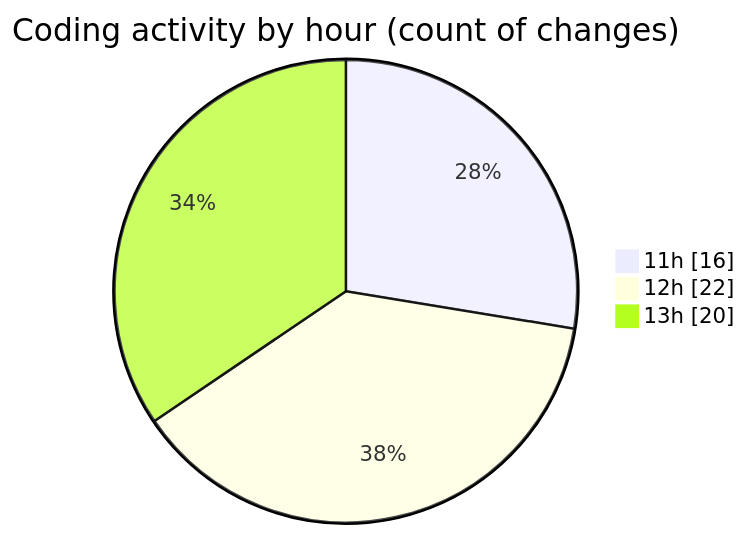
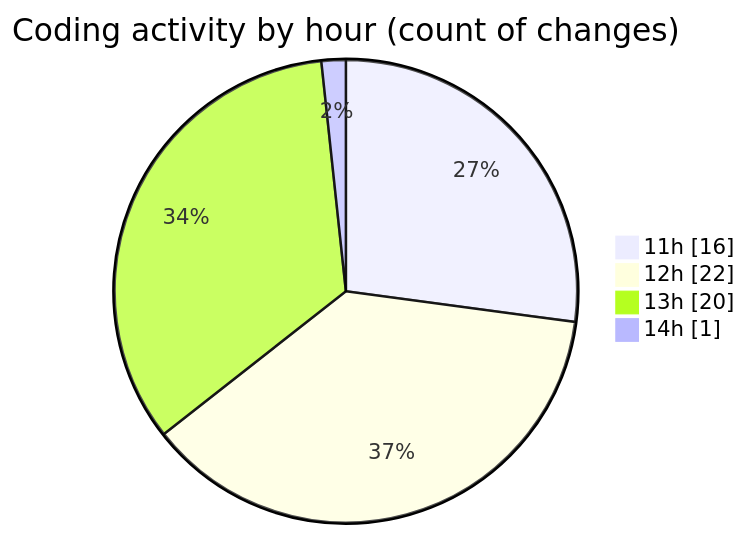
One commit to donsfak/code-tracking changed the second of 2 diagrams in 2025-03-25/wordle/README.md. Above: the diagram before and after it, drawn with Mermaid. The commit also changed other lines of this file and 1 other file, not shown here.

````diff
--- a/2025-03-25/wordle/README.md
+++ b/2025-03-25/wordle/README.md
@@ -34,7 +34,8 @@
 ```mermaid
 pie showData
 title Coding activity by hour (count of changes)
 "11h" : 16
 "12h" : 22
 "13h" : 20
+"14h" : 1
 ```
````
